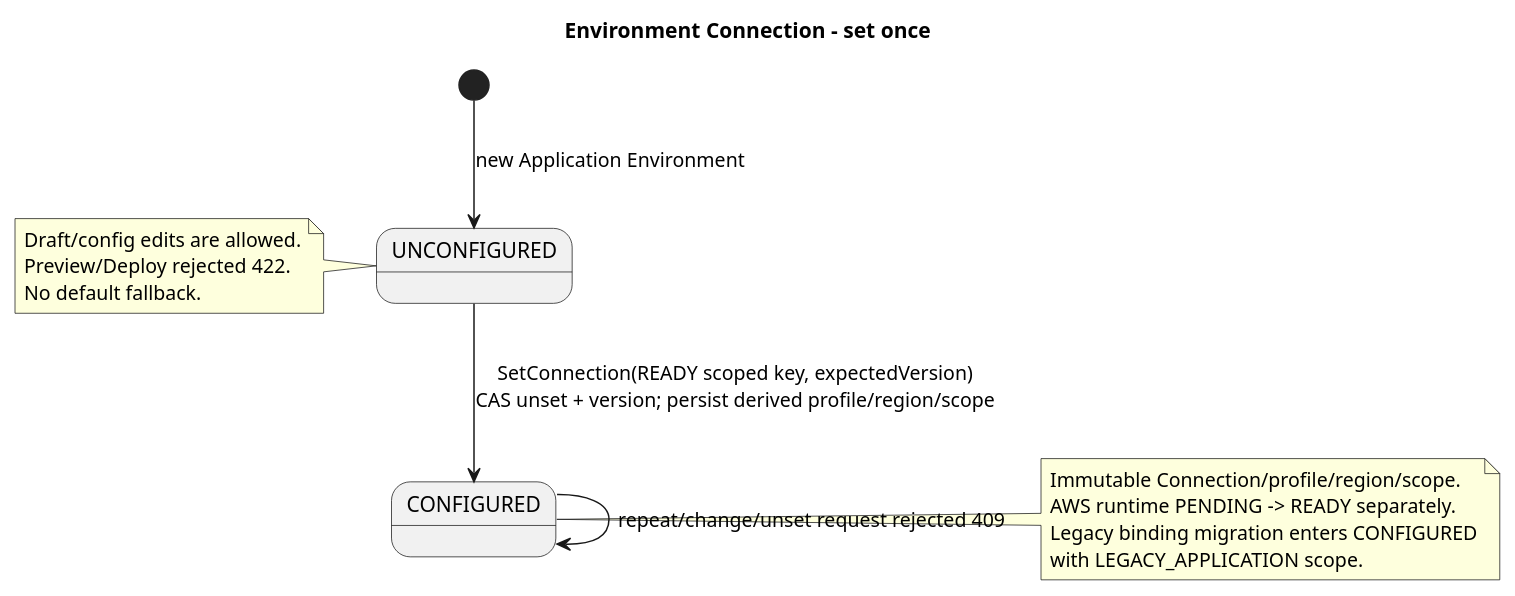
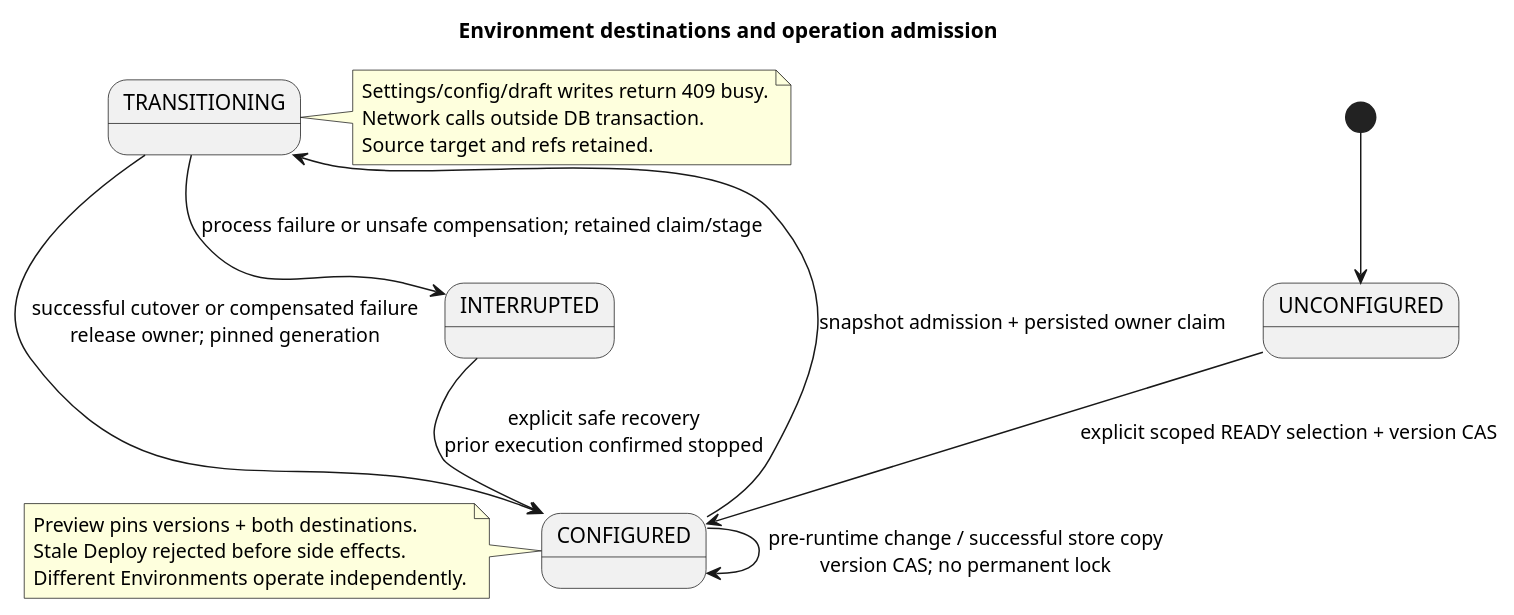
Before and after one commit to pr3s3nt/poc: the diagram in orchestrator_docs/architecture/state-machines/environment-target.puml, drawn with PlantUML. The commit also changed 171 other files, not shown here.

Commit message:
feat: checkpoint environment secret stores and target transitions

```diff
--- a/orchestrator_docs/architecture/state-machines/environment-target.puml
+++ b/orchestrator_docs/architecture/state-machines/environment-target.puml
@@ -1,17 +1,20 @@
 @startuml
-title Environment Connection - set once
-[*] --> UNCONFIGURED : new Application Environment
-UNCONFIGURED --> CONFIGURED : SetConnection(READY scoped key, expectedVersion)\nCAS unset + version; persist derived profile/region/scope
-CONFIGURED --> CONFIGURED : repeat/change/unset request rejected 409
-note right of CONFIGURED
-Immutable Connection/profile/region/scope.
-AWS runtime PENDING -> READY separately.
-Legacy binding migration enters CONFIGURED
-with LEGACY_APPLICATION scope.
+title Environment destinations and operation admission
+[*] --> UNCONFIGURED
+UNCONFIGURED --> CONFIGURED : explicit scoped READY selection + version CAS
+CONFIGURED --> CONFIGURED : pre-runtime change / successful store copy\nversion CAS; no permanent lock
+CONFIGURED --> TRANSITIONING : snapshot admission + persisted owner claim
+TRANSITIONING --> CONFIGURED : successful cutover or compensated failure\nrelease owner; pinned generation
+TRANSITIONING --> INTERRUPTED : process failure or unsafe compensation; retained claim/stage
+INTERRUPTED --> CONFIGURED : explicit safe recovery\nprior execution confirmed stopped
+note right of TRANSITIONING
+Settings/config/draft writes return 409 busy.
+Network calls outside DB transaction.
+Source target and refs retained.
 end note
-note left of UNCONFIGURED
-Draft/config edits are allowed.
-Preview/Deploy rejected 422.
-No default fallback.
+note left of CONFIGURED
+Preview pins versions + both destinations.
+Stale Deploy rejected before side effects.
+Different Environments operate independently.
 end note
 @enduml
```
